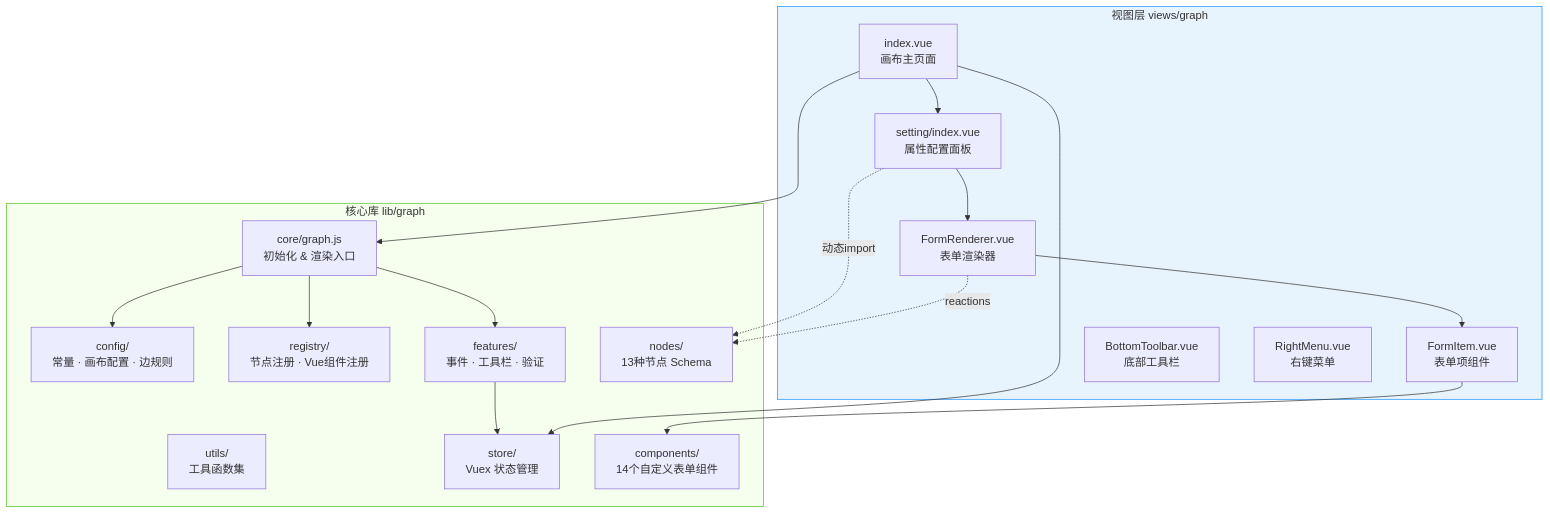
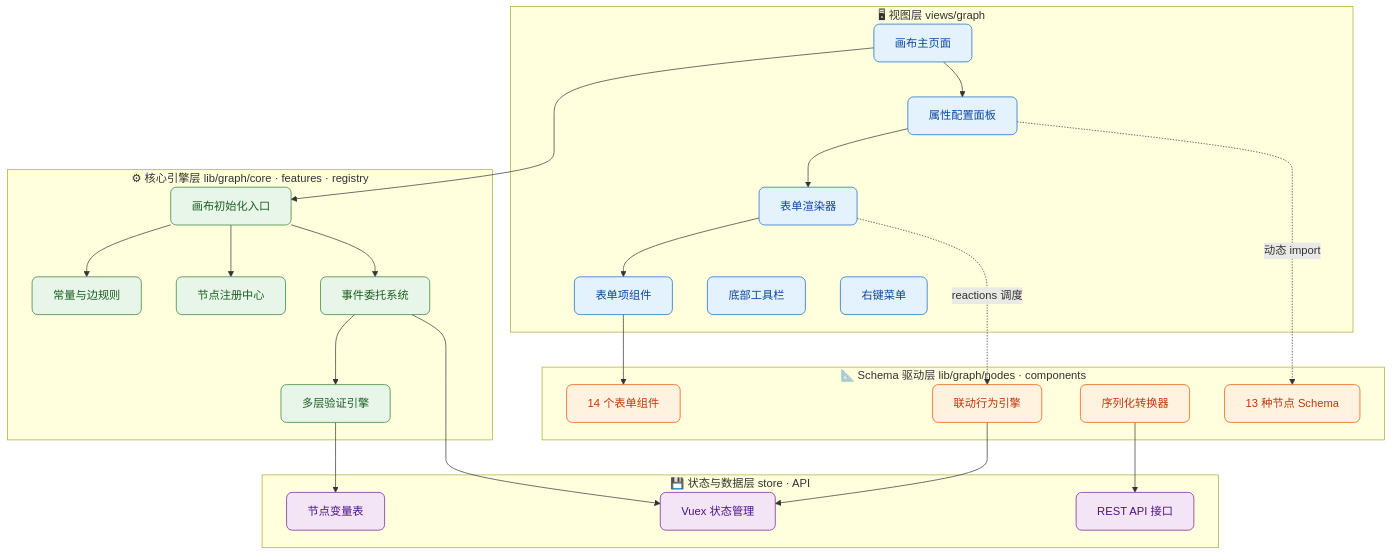
The first of 11 diagrams in docs/exp/javascript/107.md (zhaoky/site), drawn with Mermaid before and after one commit. The commit also changed other lines of this file, not shown here.

Commit message:
feat: 更新文档，重构架构图并增强层级分离描述

````diff
--- a/docs/exp/javascript/107.md
+++ b/docs/exp/javascript/107.md
@@ -18,37 +18,67 @@
 ```mermaid
-graph TB
-    subgraph 视图层["视图层 views/graph"]
-        Page["index.vue<br/>画布主页面"]
-        Setting["setting/index.vue<br/>属性配置面板"]
-        FormRenderer["FormRenderer.vue<br/>表单渲染器"]
-        FormItem["FormItem.vue<br/>表单项组件"]
-        Toolbar["BottomToolbar.vue<br/>底部工具栏"]
-        RightMenu["RightMenu.vue<br/>右键菜单"]
+graph TD
+    classDef view fill:#E3F2FD,stroke:#1565C0,rx:8,color:#0D47A1
+    classDef engine fill:#E8F5E9,stroke:#2E7D32,rx:8,color:#1B5E20
+    classDef schema fill:#FFF3E0,stroke:#E65100,rx:8,color:#BF360C
+    classDef data fill:#F3E5F5,stroke:#6A1B9A,rx:8,color:#4A148C
+
+    subgraph VIEW["🖥 视图层  views/graph"]
+        Page["画布主页面"]
+        Setting["属性配置面板"]
+        Renderer["表单渲染器"]
+        FormItem["表单项组件"]
+        Toolbar["底部工具栏"]
+        CtxMenu["右键菜单"]
     end
 
-    subgraph 核心库["核心库 lib/graph"]
-        Core["core/graph.js<br/>初始化 & 渲染入口"]
-        Config["config/<br/>常量 · 画布配置 · 边规则"]
-        Registry["registry/<br/>节点注册 · Vue组件注册"]
-        Features["features/<br/>事件 · 工具栏 · 验证"]
-        Nodes["nodes/<br/>13种节点 Schema"]
-        Utils["utils/<br/>工具函数集"]
-        Store["store/<br/>Vuex 状态管理"]
-        Components["components/<br/>14个自定义表单组件"]
+    subgraph ENGINE["⚙ 核心引擎层  lib/graph/core · features · registry"]
+        Core["画布初始化入口"]
+        Registry["节点注册中心"]
+        Events["事件委托系统"]
+        Validator["多层验证引擎"]
+        Config["常量与边规则"]
     end
 
+    subgraph SCHEMA["📐 Schema 驱动层  lib/graph/nodes · components"]
+        Nodes["13 种节点 Schema"]
+        Widgets["14 个表单组件"]
+        Transform["序列化转换器"]
+        Reactions["联动行为引擎"]
+    end
+
+    subgraph DATA["💾 状态与数据层  store · API"]
+        Store["Vuex 状态管理"]
+        VarStore["节点变量表"]
+        API["REST API 接口"]
+    end
+
+    %% 视图层 → 核心引擎层
     Page --> Core
     Page --> Setting
-    Setting --> FormRenderer --> FormItem
-    FormItem --> Components
+    Setting --> Renderer --> FormItem
+
+    %% 核心引擎层内部
     Core --> Config
     Core --> Registry
-    Core --> Features
-    Setting -.->|动态import| Nodes
-    FormRenderer -.->|reactions| Nodes
-    Features --> Store
-    Page --> Store
+    Core --> Events
+    Events --> Validator
 
-    style 视图层 fill:#e8f4fd,stroke:#1890ff
-    style 核心库 fill:#f6ffed,stroke:#52c41a
+    %% 视图层 → Schema 驱动层（动态加载）
+    Setting -.->|"动态 import"| Nodes
+    FormItem --> Widgets
+    Renderer -.->|"reactions 调度"| Reactions
+
+    %% Schema 驱动层 → 状态与数据层
+    Transform --> API
+    Reactions --> Store
+
+    %% 核心引擎层 → 状态与数据层
+    Events --> Store
+    Validator --> VarStore
+
+    %% 样式
+    class Page,Setting,Renderer,FormItem,Toolbar,CtxMenu view
+    class Core,Registry,Events,Validator,Config engine
+    class Nodes,Widgets,Transform,Reactions schema
+    class Store,VarStore,API data
 ```
````
